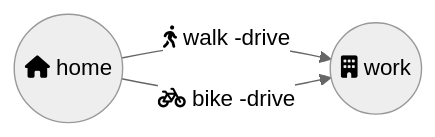
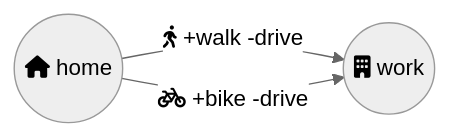
One commit to dotcontract/www-dotcontract-org changed the second of 3 diagrams in app/pages/docs/modality/necessity-and-possibility/index.md. Above: the diagram before and after it, drawn with Mermaid (neutral theme). The commit also changed other lines of this file and 3 other files, not shown here.

````diff
--- a/app/pages/docs/modality/necessity-and-possibility/index.md
+++ b/app/pages/docs/modality/necessity-and-possibility/index.md
@@ -35,5 +35,5 @@
 ```mermaid
 flowchart LR
-    home((fa:fa-home home)) -->|fa:fa-walking walk -drive| work((fa:fa-building work))
-    home -->|fa:fa-bicycle bike -drive| work
+    home((fa:fa-home home)) -->|fa:fa-walking +walk -drive| work((fa:fa-building work))
+    home -->|fa:fa-bicycle +bike -drive| work
 ```
````
